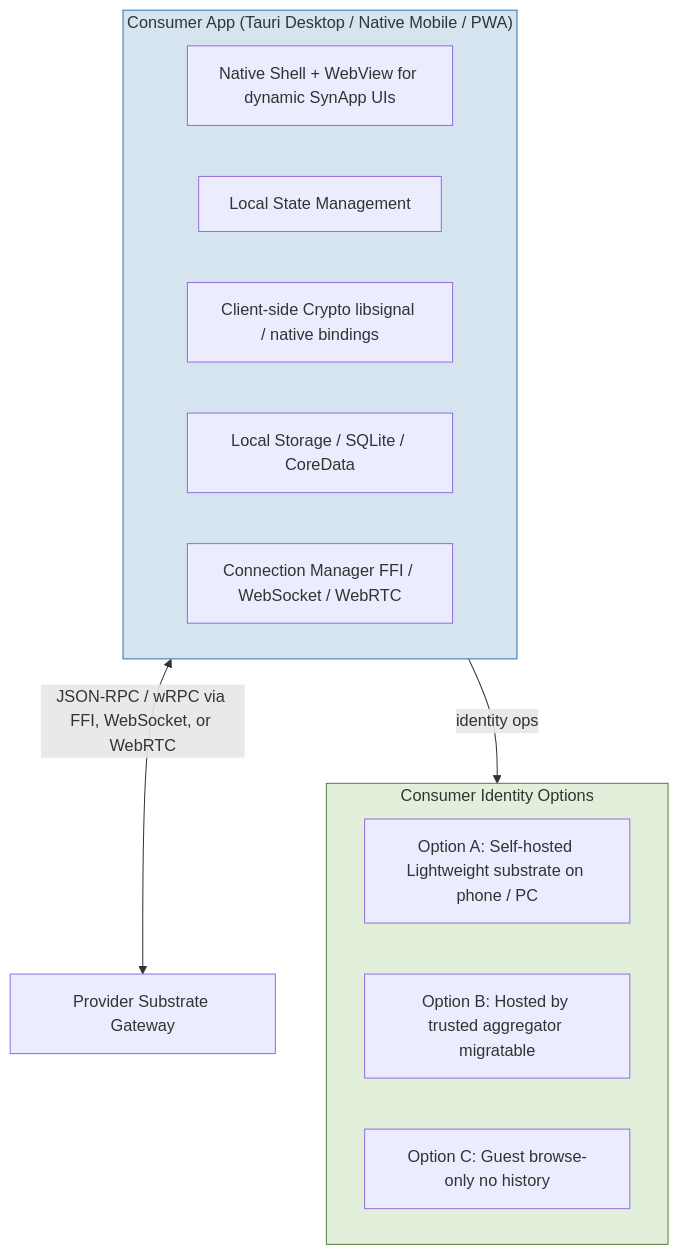
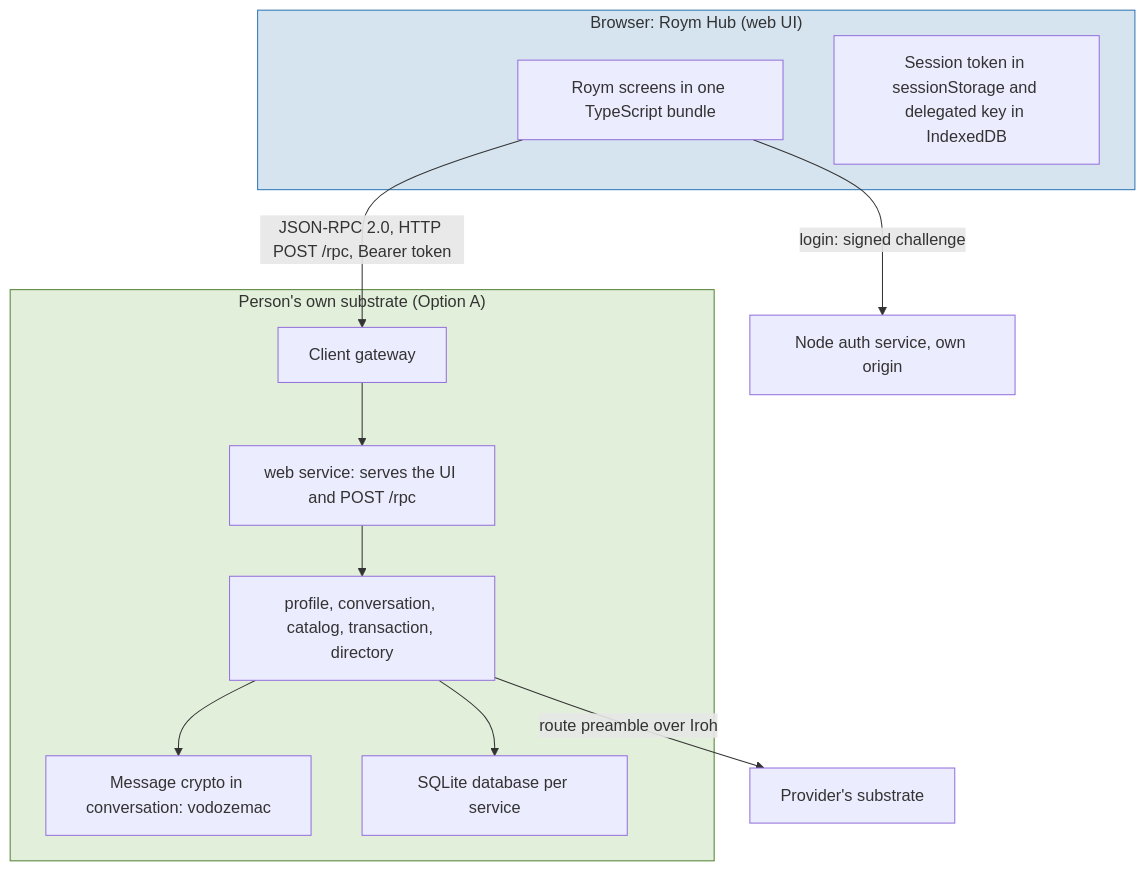
One commit to syneroym/syneroym changed diagram 20 of 23 in docs/system-architecture.md. Above: the diagram before and after it, drawn with Mermaid. The commit also changed other lines of this file and 15 other files, not shown here.

First line of the commit message:
docs(architecture): apply audit fixes (#293)

````diff
--- a/docs/system-architecture.md
+++ b/docs/system-architecture.md
@@ -974,22 +1354,28 @@
 ```mermaid
 flowchart TD
-    subgraph CLIENT["Consumer App (Tauri Desktop / Native Mobile / PWA)"]
-        UI[Native Shell + WebView for dynamic SynApp UIs]
-        STATE[Local State Management]
-        CRYPTO_CLIENT[Client-side Crypto libsignal / native bindings]
-        STORAGE_CLIENT[Local Storage / SQLite / CoreData]
-        CONN[Connection Manager FFI / WebSocket / WebRTC]
+    subgraph BROWSER["Browser: Roym Hub (web UI)"]
+        UI[Roym screens in one TypeScript bundle]
+        SESSION[Session token in sessionStorage and delegated key in IndexedDB]
     end
 
-    subgraph IDENTITY_OPT["Consumer Identity Options"]
-        OPT_A[Option A: Self-hosted Lightweight substrate on phone / PC]
-        OPT_B[Option B: Hosted by trusted aggregator migratable]
-        OPT_C[Option C: Guest browse-only no history]
+    subgraph OWN_NODE["Person's own substrate (Option A)"]
+        GW[Client gateway]
+        WEB[web service: serves the UI and POST /rpc]
+        SERVICES[profile, conversation, catalog, transaction, directory]
+        CRYPTO[Message crypto in conversation: vodozemac]
+        DATA[SQLite database per service]
     end
 
-    CLIENT <-->|"JSON-RPC / wRPC via FFI, WebSocket, or WebRTC"| PROVIDER_GW[Provider Substrate Gateway]
-    CLIENT -->|"identity ops"| IDENTITY_OPT
+    AUTH[Node auth service, own origin]
+    PROVIDER_NODE[Provider's substrate]
 
-    style CLIENT fill:#D6E4F0,stroke:#2E75B6
-    style IDENTITY_OPT fill:#E2EFDA,stroke:#548235
+    UI -->|"JSON-RPC 2.0, HTTP POST /rpc, Bearer token"| GW
+    UI -->|"login: signed challenge"| AUTH
+    GW --> WEB --> SERVICES
+    SERVICES --> CRYPTO
+    SERVICES --> DATA
+    SERVICES -->|"route preamble over Iroh"| PROVIDER_NODE
+
+    style BROWSER fill:#D6E4F0,stroke:#2E75B6
+    style OWN_NODE fill:#E2EFDA,stroke:#548235
 ```
````
